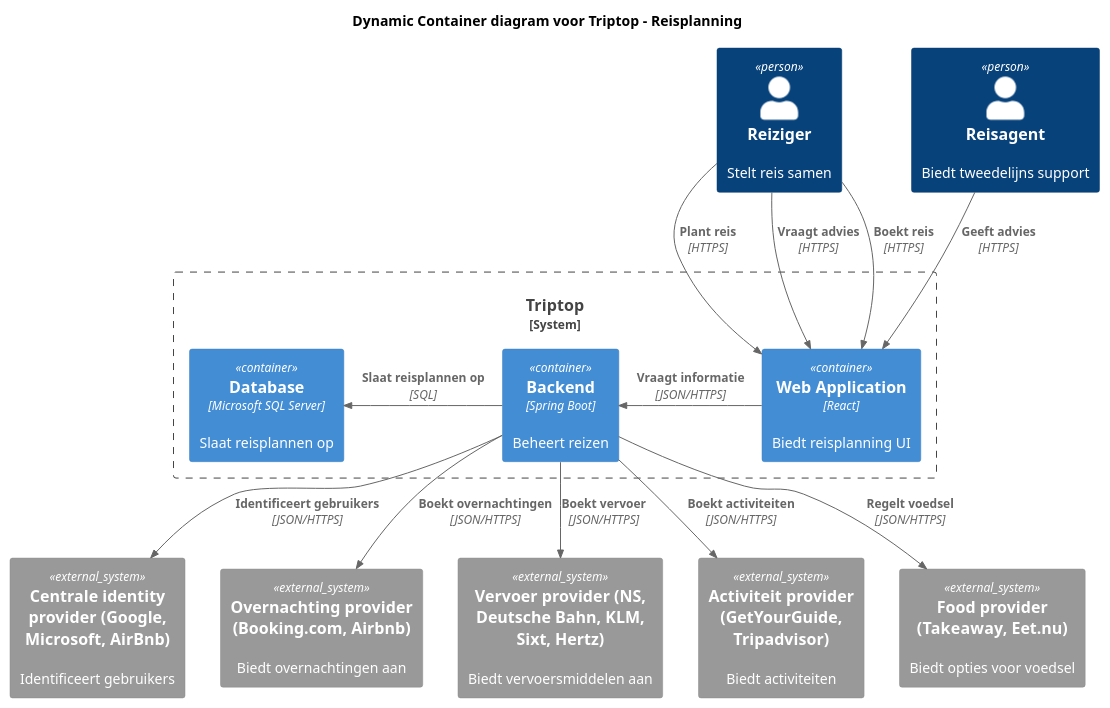
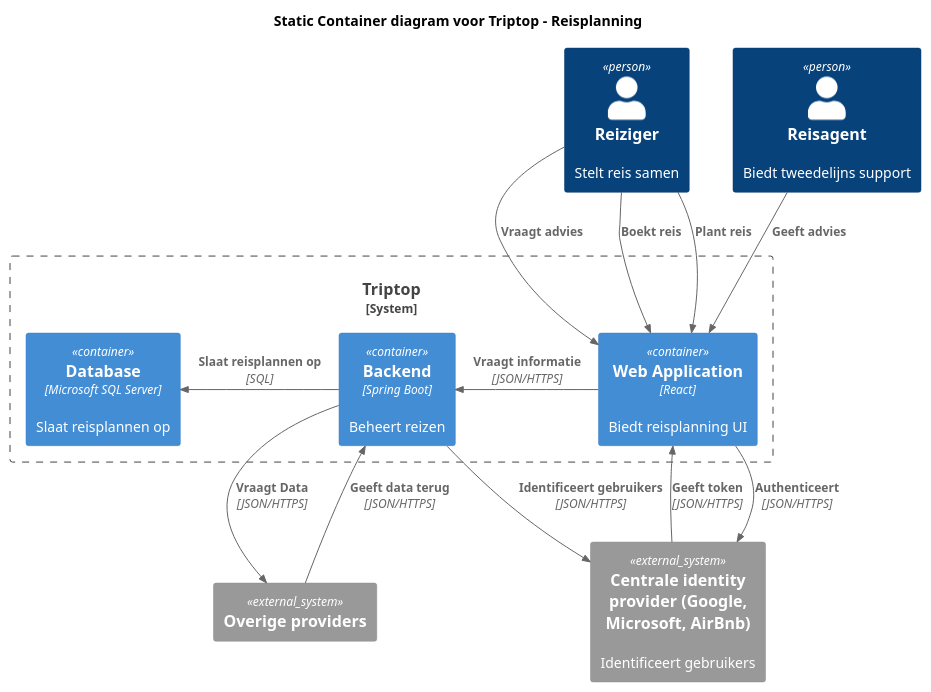
The diagram in c4 container diagram.puml (AIM-ENE-feb25/triptop-groep-tweeeeeeeeeeeeeeeeeeeeee), drawn with PlantUML before and after one commit. The commit also changed 9 other files, not shown here.

Commit message:
Aanpassingen aan diagrammen en software guidebook

```diff
--- a/c4 container diagram.puml
+++ b/c4 container diagram.puml
@@ -1,36 +1,33 @@
 @startuml "Triptop Dynamic Container Diagram"
 
 !include https://raw.githubusercontent.com/plantuml-stdlib/C4-PlantUML/master/C4_Container.puml
 
-title Dynamic Container diagram voor Triptop - Reisplanning
+title Static Container diagram voor Triptop - Reisplanning
 
 Person(reiziger, "Reiziger", "Stelt reis samen")
 Person(reisagent, "Reisagent", "Biedt tweedelijns support")
 
 System_Boundary(triptop_system, "Triptop") {
   Container(frontend, "Web Application", "React", "Biedt reisplanning UI")
   Container(backend, "Backend", "Spring Boot", "Beheert reizen")
   Container(db, "Database", "Microsoft SQL Server", "Slaat reisplannen op")
 }
 
 System_Ext(centrale_identity_provider, "Centrale identity provider (Google, Microsoft, AirBnb)", "Identificeert gebruikers")
-System_Ext(overnachting_provider, "Overnachting provider (Booking.com, Airbnb)", Biedt overnachtingen aan)
-System_Ext(vervoer_provider, "Vervoer provider (NS, Deutsche Bahn, KLM, Sixt, Hertz)", Biedt vervoersmiddelen aan)
-System_Ext(activiteit_provider, "Activiteit provider (GetYourGuide, Tripadvisor)", Biedt activiteiten)
-System_Ext(food_provider, "Food provider (Takeaway, Eet.nu)", Biedt opties voor voedsel)
+System_Ext(overige_providers, "Overige providers")
 
-Rel_D(reiziger, frontend, "Plant reis", "HTTPS")
+Rel_D(reiziger, frontend, "Plant reis")
 Rel_L(frontend, backend, "Vraagt informatie", "JSON/HTTPS")
 Rel_L(backend, db, "Slaat reisplannen op", "SQL")
-Rel_D(reiziger, frontend, "Vraagt advies", "HTTPS")
-Rel_D(reisagent, frontend, "Geeft advies", "HTTPS")
-Rel_D(reiziger, frontend, "Boekt reis", "HTTPS")
+Rel_D(reiziger, frontend, "Vraagt advies")
+Rel_D(reisagent, frontend, "Geeft advies")
+Rel_D(reiziger, frontend, "Boekt reis")
 
+Rel_D(frontend, centrale_identity_provider, "Authenticeert", "JSON/HTTPS")
+Rel_D(backend, centrale_identity_provider, "Identificeert gebruikers", "JSON/HTTPS")
+Rel_D(backend, overige_providers, "Vraagt Data", "JSON/HTTPS")
 
-Rel_D(backend, centrale_identity_provider, "Identificeert gebruikers", "JSON/HTTPS")
-Rel_D(backend, overnachting_provider, "Boekt overnachtingen", "JSON/HTTPS")
-Rel_D(backend, vervoer_provider, "Boekt vervoer", "JSON/HTTPS")
-Rel_D(backend, activiteit_provider, "Boekt activiteiten", "JSON/HTTPS")
-Rel_D(backend, food_provider, "Regelt voedsel", "JSON/HTTPS")
+Rel(centrale_identity_provider, frontend, "Geeft token","JSON/HTTPS")
+Rel_U(overige_providers, backend, "Geeft data terug","JSON/HTTPS")
 
 @enduml
```
